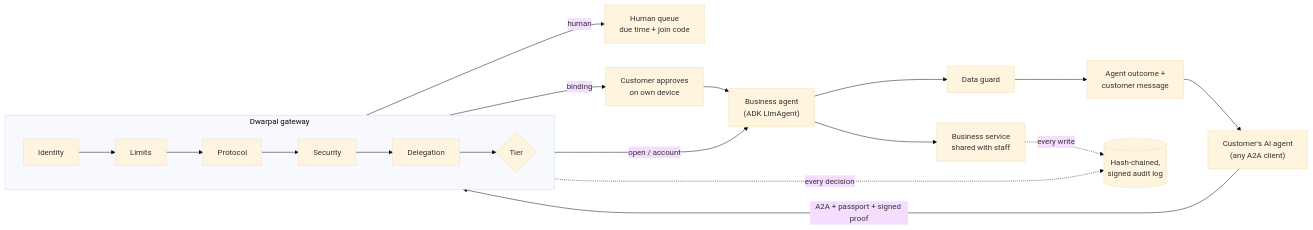
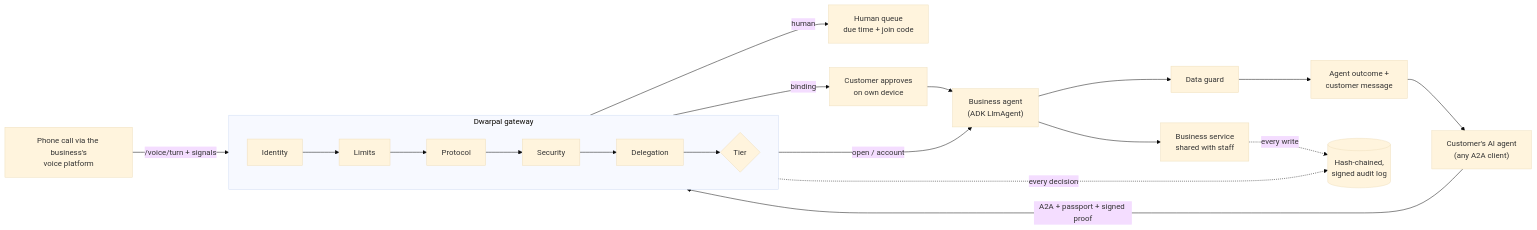
One commit to akshaynara/dwarpal changed the diagram in README.md. Above: the diagram before and after it, drawn with Mermaid (base theme). The commit also changed other lines of this file and 18 other files, not shown here.

````diff
--- a/README.md
+++ b/README.md
@@ -101,15 +113,16 @@
 ```mermaid
 flowchart LR
   C["Customer's AI agent<br/>(any A2A client)"] -- "A2A + passport + signed proof" --> G
+  V["Phone call via the business's<br/>voice platform"] -- "/voice/turn + signals" --> G
   subgraph G["Dwarpal gateway"]
     direction LR
     I[Identity] --> L[Limits] --> P[Protocol] --> S[Security] --> D[Delegation] --> T{Tier}
   end
   T -- human --> Q[Human queue<br/>due time + join code]
   T -- binding --> U[Customer approves<br/>on own device] --> B
   T -- open / account --> B["Business agent<br/>(ADK LlmAgent)"]
   B --> SV[Business service<br/>shared with staff] 
   B --> DG[Data guard] --> M[Agent outcome +<br/>customer message] --> C
   G -. every decision .-> A[(Hash-chained,<br/>signed audit log)]
   SV -. every write .-> A
 ```
````
